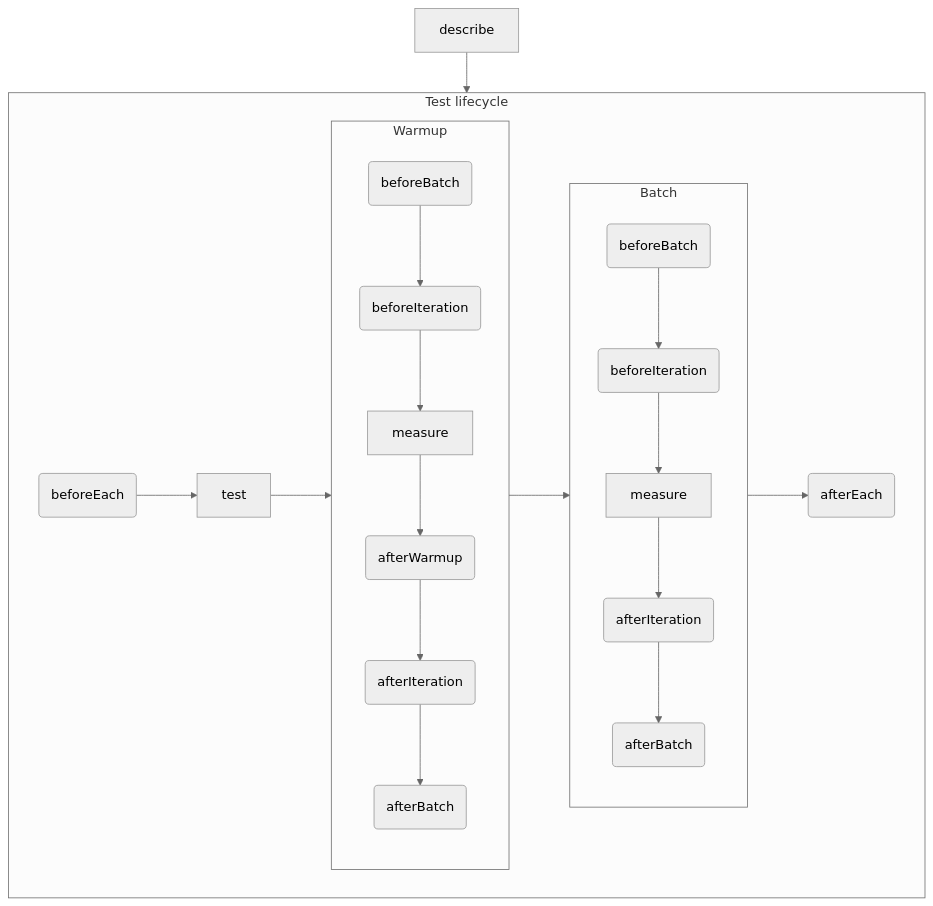
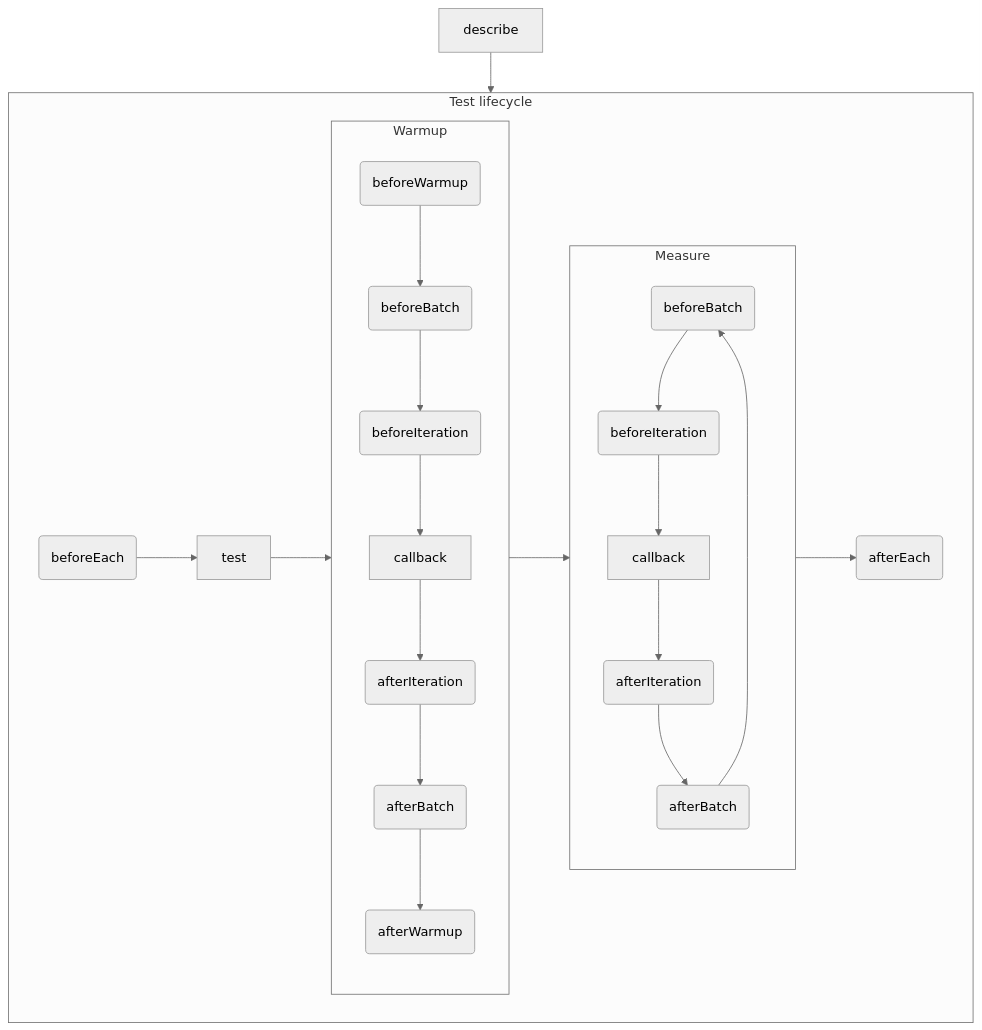
Before and after one commit to smikhalevski/toofast: the diagram in README.md, drawn with Mermaid (neutral theme). The commit also changed other lines of this file and 43 other files, not shown here.

````diff
--- a/README.md
+++ b/README.md
@@ -160,34 +141,36 @@
 ```mermaid
 flowchart TD
 
 describe --> testLifecycle
 
 subgraph testLifecycle [Test lifecycle]
     direction LR
 
     subgraph warmup [Warmup]
         direction TB
-        warmupBeforeBatch(beforeBatch) -->
-        warmupBeforeIteration(beforeIteration) -->
-        warmupMeasure[measure] -->
-        warmupAfterWarmup(afterWarmup) -->
-        warmupAfterIteration(afterIteration) -->
-        warmupAfterBatch(afterBatch)
+        warmup_beforeWarmup(beforeWarmup) -->
+        warmup_beforeBatch(beforeBatch) -->
+        warmup_beforeIteration(beforeIteration) -->
+        warmup_callback[callback] -->
+        warmup_afterIteration(afterIteration) -->
+        warmup_afterBatch(afterBatch) -->
+        warmup_afterWarmup(afterWarmup)
     end
 
-    subgraph batch [Batch]
+    subgraph batch [Measure]
         direction TB
-        testBeforeBatch(beforeBatch) -->
-        testBeforeIteration(beforeIteration) -->
-        testMeasure[measure] -->
-        testAfterIteration(afterIteration) -->
-        testAfterBatch(afterBatch)
+        measure_beforeBatch(beforeBatch) -->
+        measure_beforeIteration(beforeIteration) -->
+        measure_callback[callback] -->
+        measure_afterIteration(afterIteration) -->
+        measure_afterBatch(afterBatch) -->
+        measure_beforeBatch
     end
 
     beforeEach(beforeEach) -->
     test -->
     warmup -->
     batch -->
     afterEach(afterEach)
 end
 ```
````
